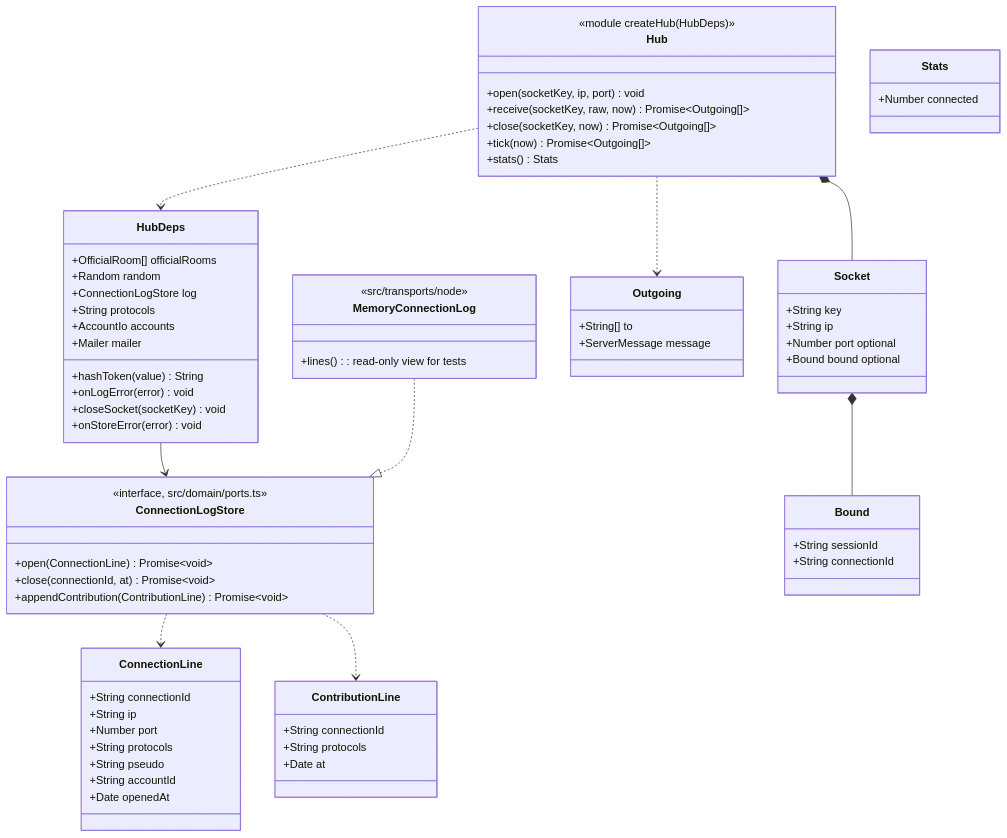
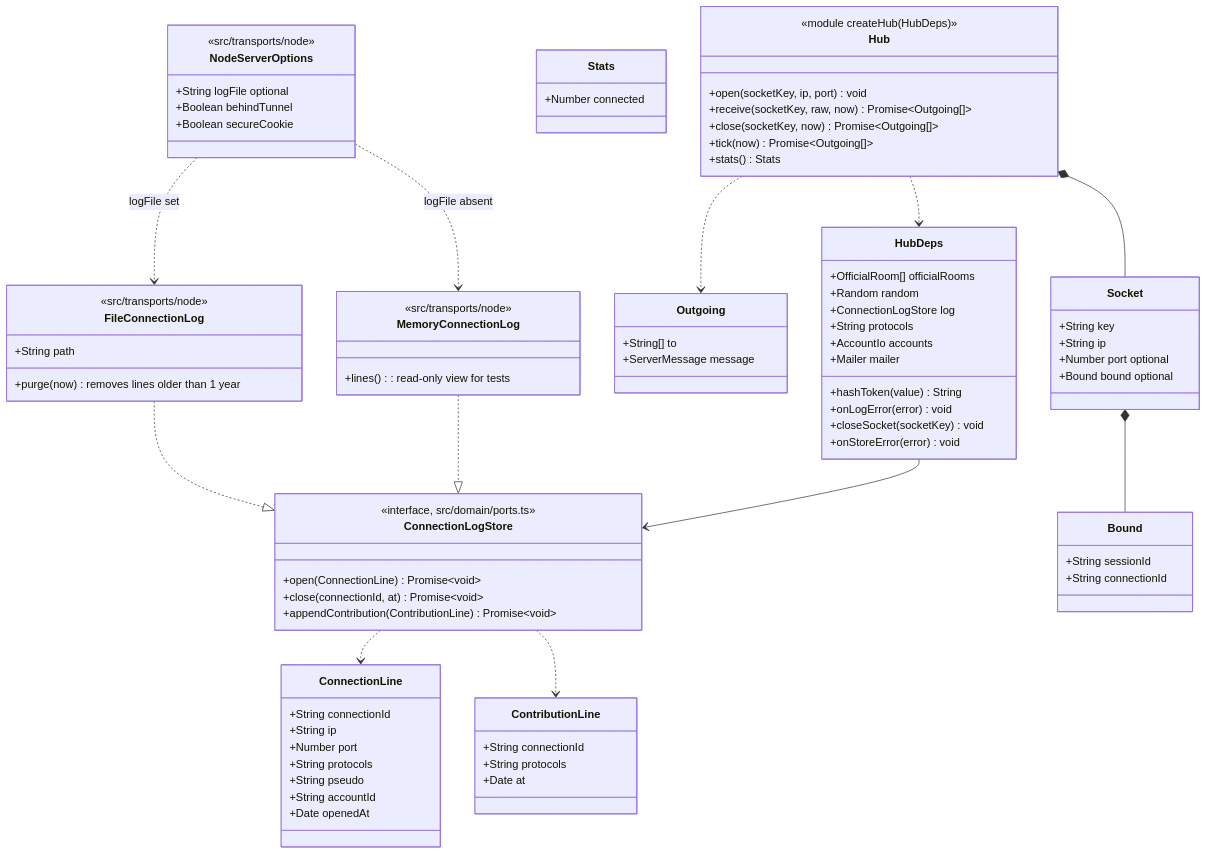
Before and after one commit to benoit-bremaud/asv: the first of 2 diagrams in docs/architecture/diagrams/platform/04c-class-server-hub.md, drawn with Mermaid. The commit also changed 9 other files, not shown here.

First line of the commit message:
docs(architecture): conception study for the real-tester exposure (#54)

````diff
--- a/docs/architecture/diagrams/platform/04c-class-server-hub.md
+++ b/docs/architecture/diagrams/platform/04c-class-server-hub.md
@@ -86,4 +86,18 @@
   ConnectionLogStore ..> ConnectionLine
   ConnectionLogStore ..> ContributionLine
   MemoryConnectionLog ..|> ConnectionLogStore
+  FileConnectionLog ..|> ConnectionLogStore
+  class FileConnectionLog {
+    <<src/transports/node>>
+    +String path
+    +purge(now) removes lines older than 1 year
+  }
+  class NodeServerOptions {
+    <<src/transports/node>>
+    +String logFile optional
+    +Boolean behindTunnel
+    +Boolean secureCookie
+  }
+  NodeServerOptions ..> FileConnectionLog : logFile set
+  NodeServerOptions ..> MemoryConnectionLog : logFile absent
 ```
````
